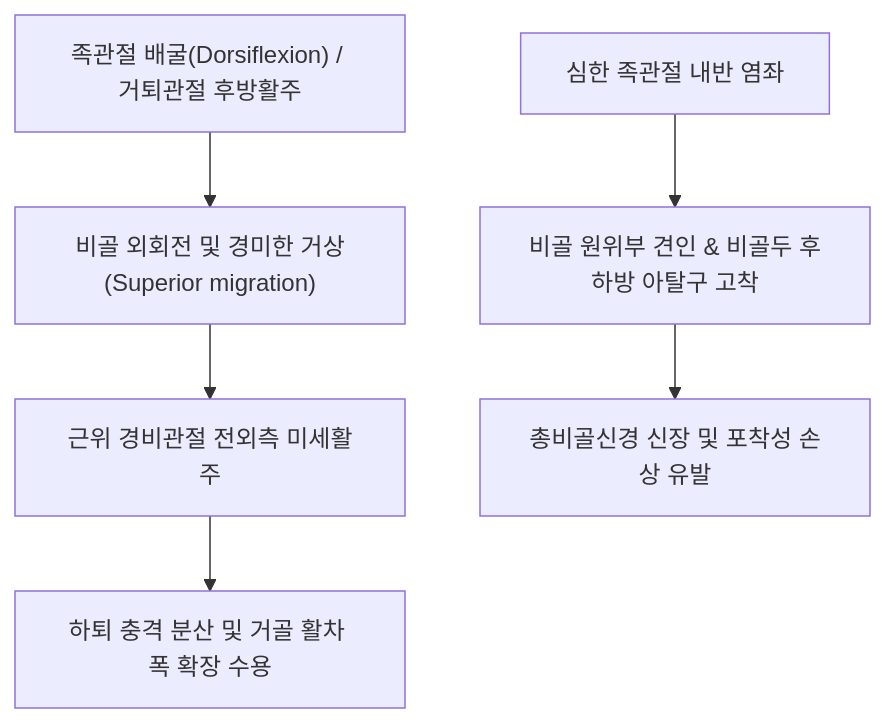
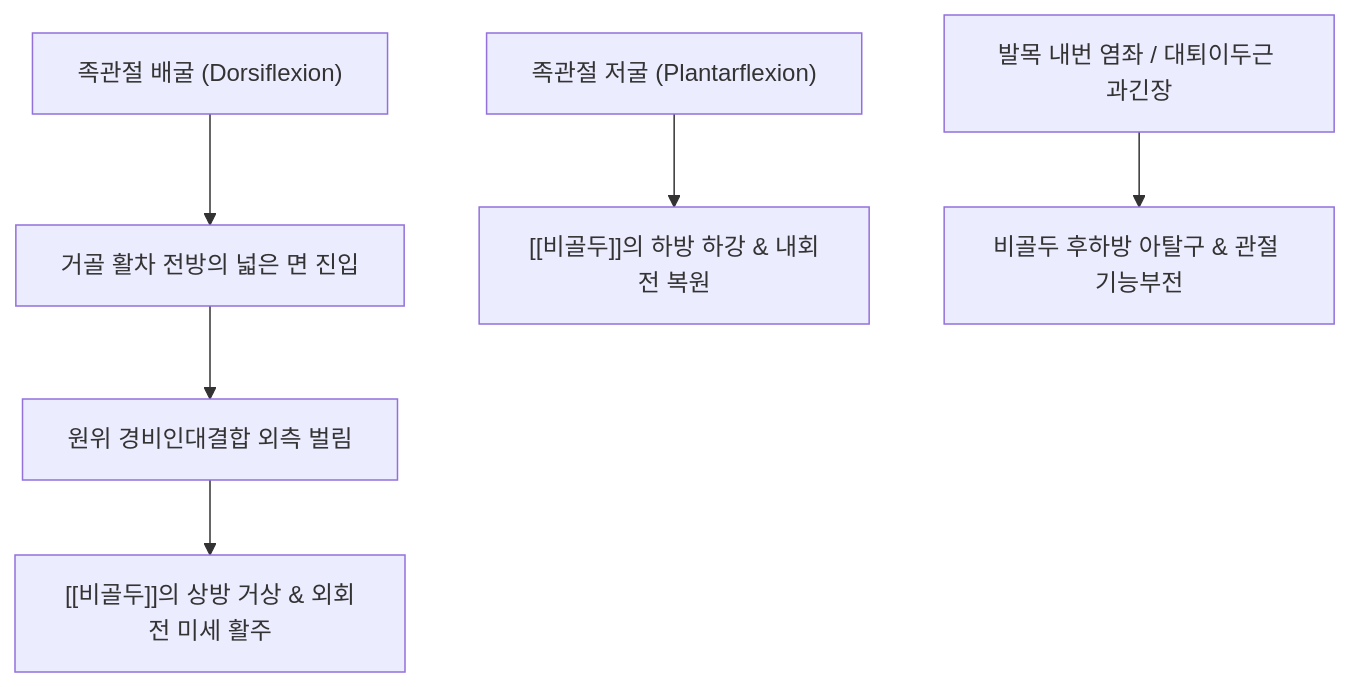
One commit to simbio11/simbio-digital-garden2 changed the second of 2 diagrams in content/1. 근골격계 공부/골격/06_하지/비골두.md. Above: the diagram before and after it, drawn with Mermaid. The commit also changed other lines of this file and 149 other files, not shown here.

````diff
--- a/content/1. 근골격계 공부/골격/06_하지/비골두.md
+++ b/content/1. 근골격계 공부/골격/06_하지/비골두.md
@@ -41,8 +78,8 @@
 ```mermaid
 graph TD
-    AnkleDF["족관절 배굴(Dorsiflexion) / 거퇴관절 후방활주"] --> FibulaAscent["비골 외회전 및 경미한 거상(Superior migration)"]
-    FibulaAscent --> ProxTFJ["근위 경비관절 전외측 미세활주"]
-    ProxTFJ --> ShockAbsorb["하퇴 충격 분산 및 거골 활차 폭 확장 수용"]
-    InversionSprain["심한 족관절 내반 염좌"] --> FibulaDown["비골 원위부 견인 & 비골두 후하방 아탈구 고착"]
-    FibulaDown --> CPNComp["총비골신경 신장 및 포착성 손상 유발"]
+    Dorsiflexion["족관절 배굴 (Dorsiflexion)"] --> TalusWide["거골 활차 전방의 넓은 면 진입"]
+    TalusWide --> DistalSpread["원위 경비인대결합 외측 벌림"]
+    DistalSpread --> HeadAscent["[[비골두]]의 상방 거상 & 외회전 미세 활주"]
+    Plantaflexion["족관절 저굴 (Plantarflexion)"] --> HeadDescent["[[비골두]]의 하방 하강 & 내회전 복원"]
+    Trauma["발목 내번 염좌 / 대퇴이두근 과긴장"] --> Subluxation["비골두 후하방 아탈구 & 관절 기능부전"]
 ```
````
